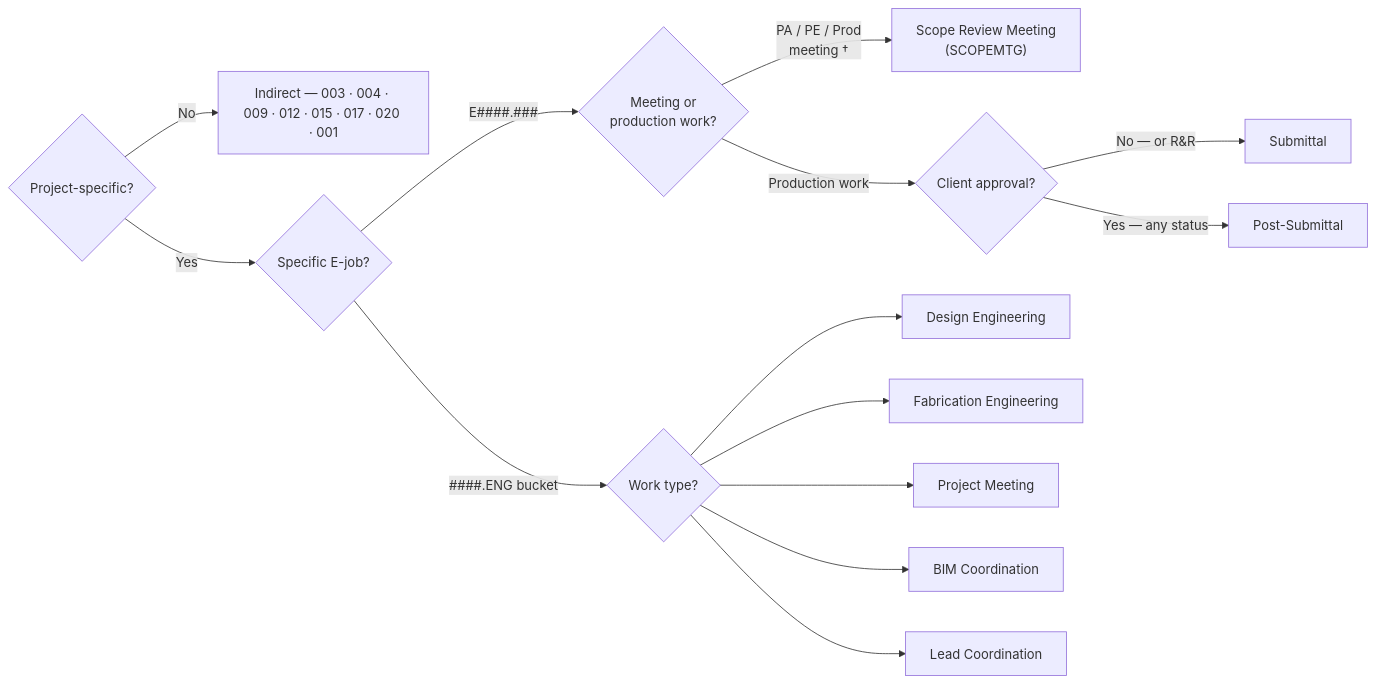
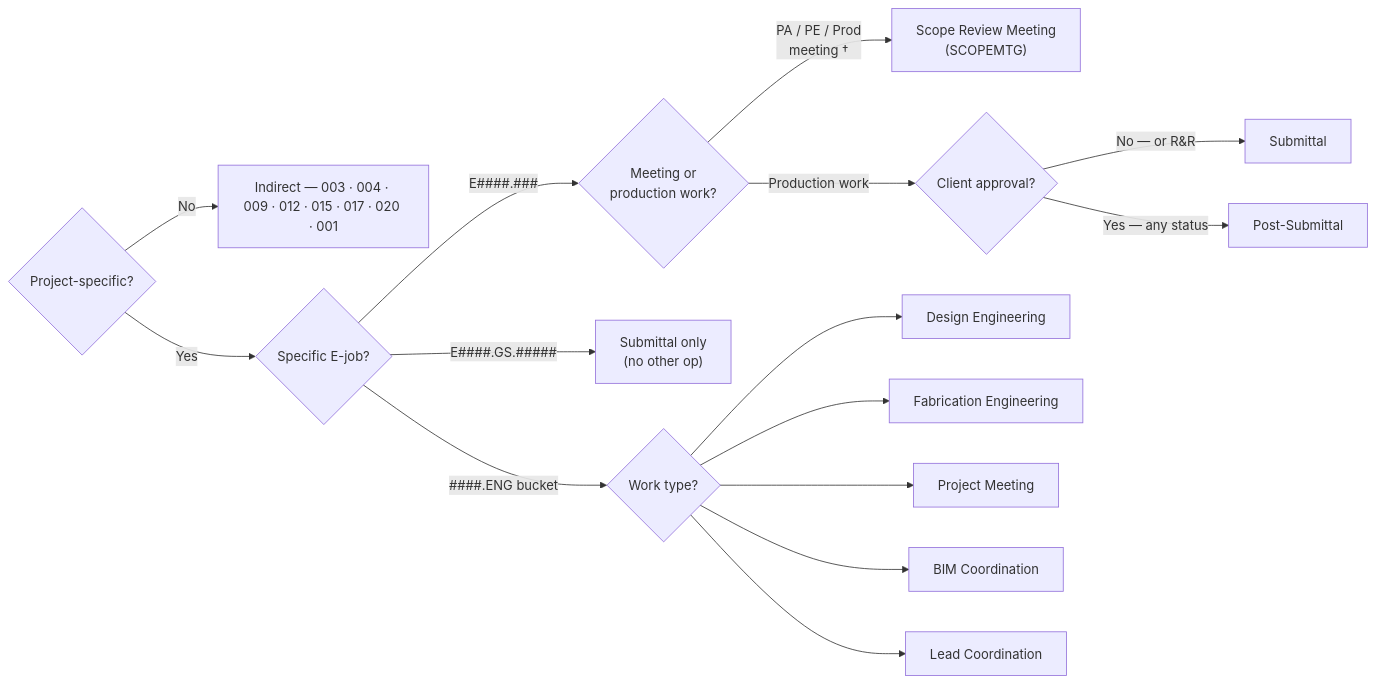
The diagram in tools/time-entry.md (cwka-engineering/cwka-engineering.github.io), drawn with Mermaid before and after one commit. The commit also changed other lines of this file and 4 other files, not shown here.

````diff
--- a/tools/time-entry.md
+++ b/tools/time-entry.md
@@ -108,17 +111,18 @@
 ```mermaid
 flowchart LR
   Q1{Project-specific?}
   Q1 -->|No| IND["Indirect — 003 · 004 · 009 · 012 · 015 · 017 · 020 · 001"]
   Q1 -->|Yes| Q2{Specific E-job?}
   Q2 -->|"E####.###"| Q5{Meeting or\nproduction work?}
   Q5 -->|"PA / PE / Prod\nmeeting †"| SCOPE["Scope Review Meeting\n(SCOPEMTG)"]
   Q5 -->|"Production work"| Q3{Client approval?}
   Q3 -->|"No — or R&amp;R"| SUB[Submittal]
   Q3 -->|"Yes — any status"| POST[Post-Submittal]
+  Q2 -->|"E####.GS.#####"| GSSUB["Submittal only\n(no other op)"]
   Q2 -->|"####.ENG bucket"| Q4{Work type?}
   Q4 --> DE[Design Engineering]
   Q4 --> FEB[Fabrication Engineering]
   Q4 --> PMT[Project Meeting]
   Q4 --> BIM[BIM Coordination]
   Q4 --> LC[Lead Coordination]
 ```
````
